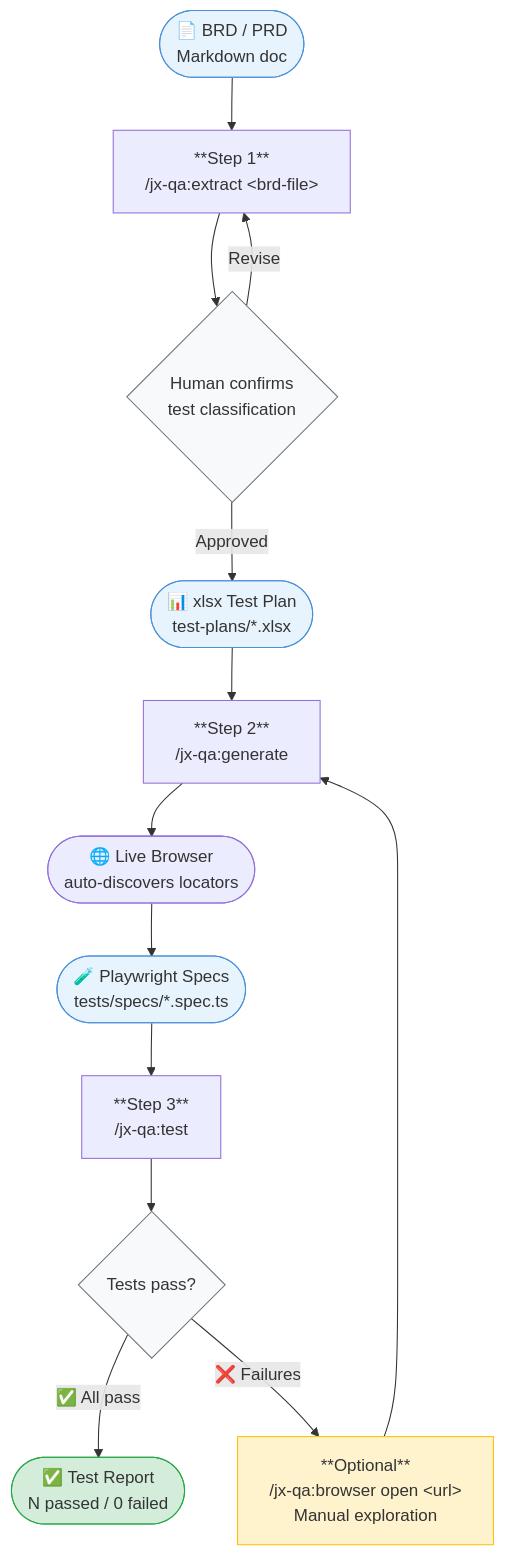
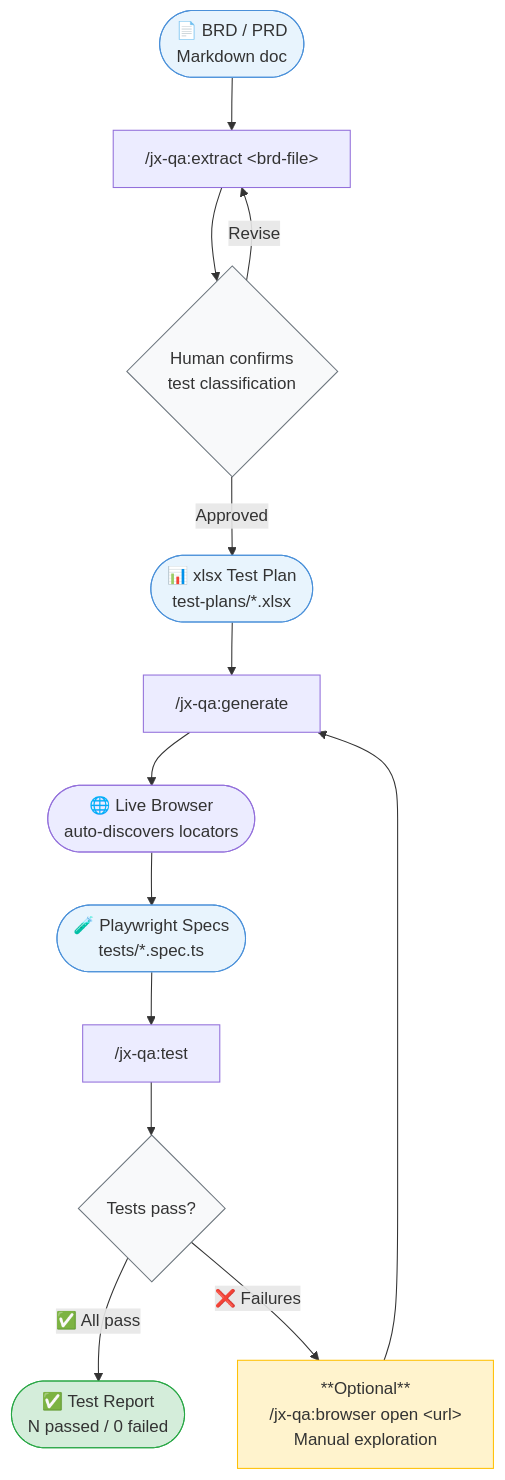
Before and after one commit to jairosoft-com/jodex-plugins: the diagram in docs/001_qa_documentation_workflow/BRD_PRD.md, drawn with Mermaid. The commit also changed other lines of this file and 5 other files, not shown here.

````diff
--- a/docs/001_qa_documentation_workflow/BRD_PRD.md
+++ b/docs/001_qa_documentation_workflow/BRD_PRD.md
@@ -30,27 +30,27 @@
 ```mermaid
 flowchart TD
     A([📄 BRD / PRD\nMarkdown doc]) --> B
 
-    B["**Step 1**\n/jx-qa:extract &lt;brd-file&gt;"]
+    B["/jx-qa:extract &lt;brd-file&gt;"]
     B --> C{Human confirms\ntest classification}
     C -->|Approved| D([📊 xlsx Test Plan\ntest-plans/*.xlsx])
     C -->|Revise| B
 
-    D --> E["**Step 2**\n/jx-qa:generate"]
+    D --> E["/jx-qa:generate"]
     E --> F([🌐 Live Browser\nauto-discovers locators])
-    F --> G([🧪 Playwright Specs\ntests/specs/*.spec.ts])
+    F --> G([🧪 Playwright Specs\ntests/*.spec.ts])
 
-    G --> H["**Step 3**\n/jx-qa:test"]
+    G --> H["/jx-qa:test"]
     H --> I{Tests pass?}
     I -->|✅ All pass| J([✅ Test Report\nN passed / 0 failed])
     I -->|❌ Failures| K["**Optional**\n/jx-qa:browser open &lt;url&gt;\nManual exploration"]
     K --> E
 
     style A fill:#e8f4fd,stroke:#4a90d9
     style D fill:#e8f4fd,stroke:#4a90d9
     style G fill:#e8f4fd,stroke:#4a90d9
     style J fill:#d4edda,stroke:#28a745
     style K fill:#fff3cd,stroke:#ffc107
     style C fill:#f8f9fa,stroke:#6c757d
     style I fill:#f8f9fa,stroke:#6c757d
 ```
````
